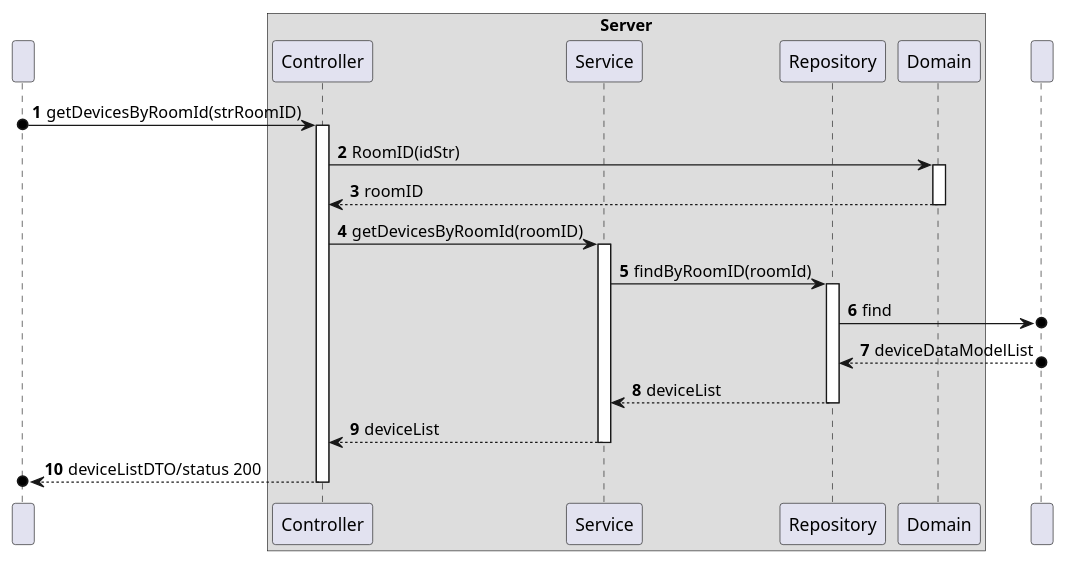
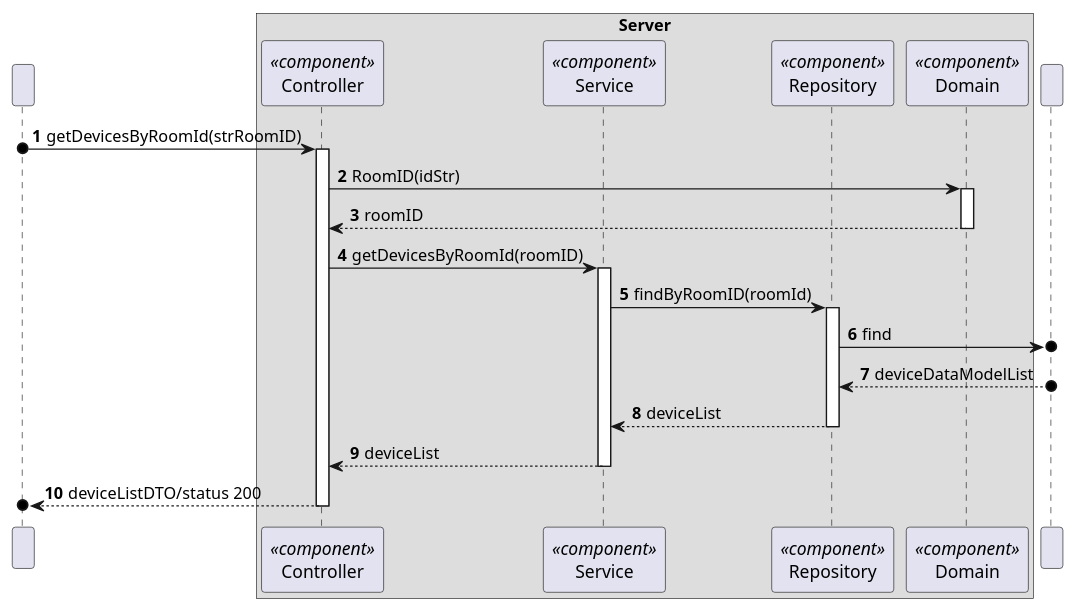
Before and after one commit to moutajDev/smarthome: the diagram in docs/C4_4plus1_models/Level4/ProcessView/ProcessViewLevel4_UC06.puml, drawn with PlantUML. The commit also changed 46 other files, not shown here.

```diff
--- a/docs/C4_4plus1_models/Level4/ProcessView/ProcessViewLevel4_UC06.puml
+++ b/docs/C4_4plus1_models/Level4/ProcessView/ProcessViewLevel4_UC06.puml
@@ -1,50 +1,50 @@
 @startuml
 'https://plantuml.com/sequence-diagram
 !pragma layout smetana
 
 autonumber
 
 
 participant " " as HTTP
 
 box "Server"
-    participant "Controller" as CTRL
-    participant "Service" as SV
-    participant "Repository" as REPO
-    participant "Domain" as DOM
+    participant "Controller" as CTRL<<component>>
+    participant "Service" as SV<<component>>
+    participant "Repository" as REPO<<component>>
+    participant "Domain" as DOM<<component>>
 
 end box
 participant " " as BD
 
 
 HTTP o-> CTRL : getDevicesByRoomId(strRoomID)
 activate CTRL
 
 CTRL -> DOM : RoomID(idStr)
 activate DOM
 
 DOM --> CTRL : roomID
 deactivate DOM
 
 CTRL -> SV : getDevicesByRoomId(roomID)
 activate SV
 
 SV -> REPO : findByRoomID(roomId)
 activate REPO
 
 REPO ->o BD : find
 
 BD o--> REPO : deviceDataModelList
 
 REPO --> SV : deviceList
 deactivate REPO
 
 SV --> CTRL : deviceList
 deactivate SV
 
 CTRL -->o HTTP : deviceListDTO/status 200
 deactivate CTRL
 
 
 
 @enduml
```
